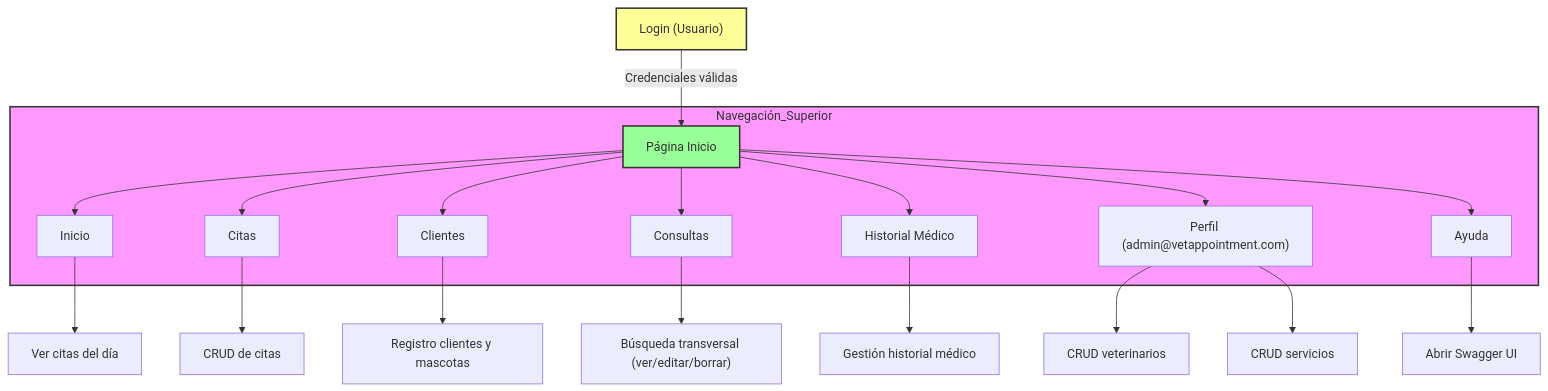
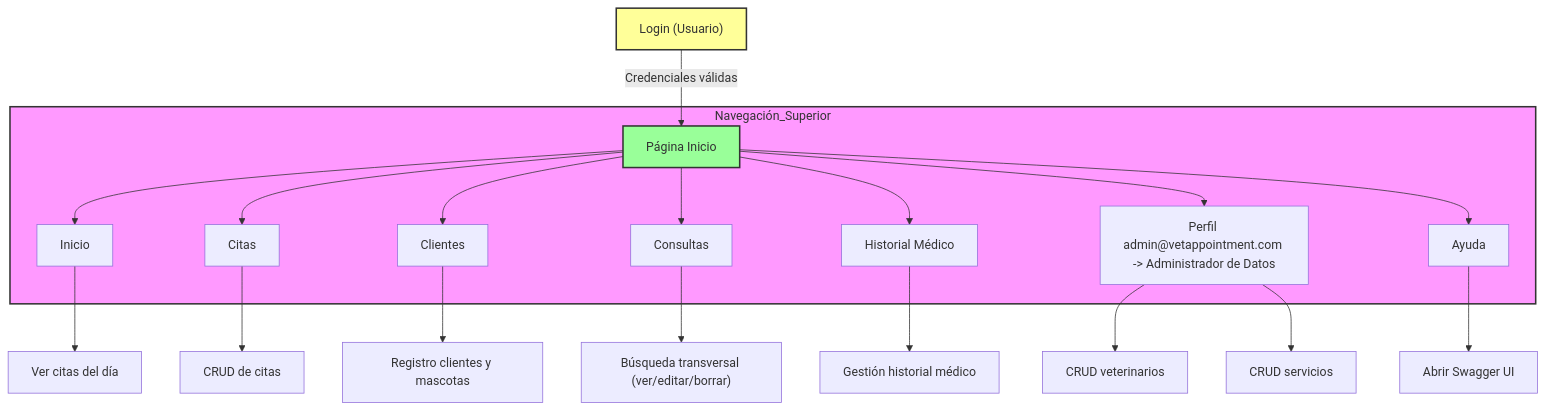
One commit to florinasamoila/vetappointment changed the diagram in README.md. Above: the diagram before and after it, drawn with Mermaid.

````diff
--- a/README.md
+++ b/README.md
@@ -122,28 +122,28 @@
 ```mermaid
 flowchart TD
   A["Login (Usuario)"] -->|Credenciales válidas| B["Página Inicio"]
 
   subgraph Navegación_Superior
     B --> C["Inicio"]
     B --> D["Citas"]
     B --> E["Clientes"]
     B --> F["Consultas"]
     B --> G["Historial Médico"]
-    B --> H["Perfil (admin@vetappointment.com)"]
+    B --> H["Perfil admin@vetappointment.com -> Administrador de Datos"]
     B --> I["Ayuda"]
   end
 
   C --> C1["Ver citas del día"]
   D --> D1["CRUD de citas"]
   E --> E1["Registro clientes y mascotas"]
   F --> F1["Búsqueda transversal (ver/editar/borrar)"]
   G --> G1["Gestión historial médico"]
   H --> H1["CRUD veterinarios"]
   H --> H2["CRUD servicios"]
   I --> I1["Abrir Swagger UI"]
 
   style Navegación_Superior fill:#f9f,stroke:#333,stroke-width:2px
   style A fill:#ff9,stroke:#333,stroke-width:2px
   style B fill:#9f9,stroke:#333,stroke-width:2px
 
 ```
````
